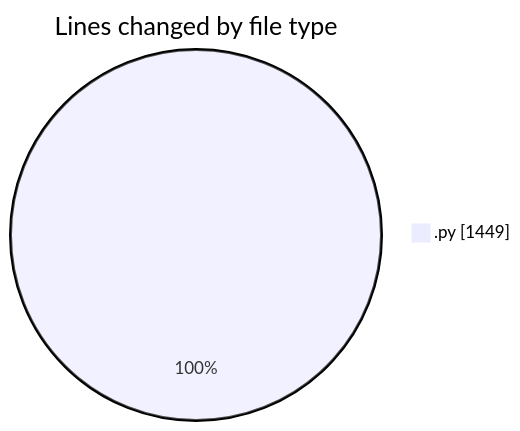
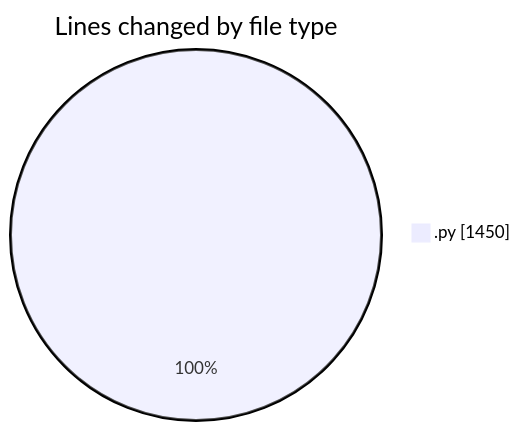
One commit to FelipKnott/code-tracking changed the first of 2 diagrams in 2025-07-03/cursor/README.md. Above: the diagram before and after it, drawn with Mermaid. The commit also changed other lines of this file and 1 other file, not shown here.

````diff
--- a/2025-07-03/cursor/README.md
+++ b/2025-07-03/cursor/README.md
@@ -27,5 +27,5 @@
 ```mermaid
 pie showData
 title Lines changed by file type
-".py" : 1449
+".py" : 1450
 ```
````
